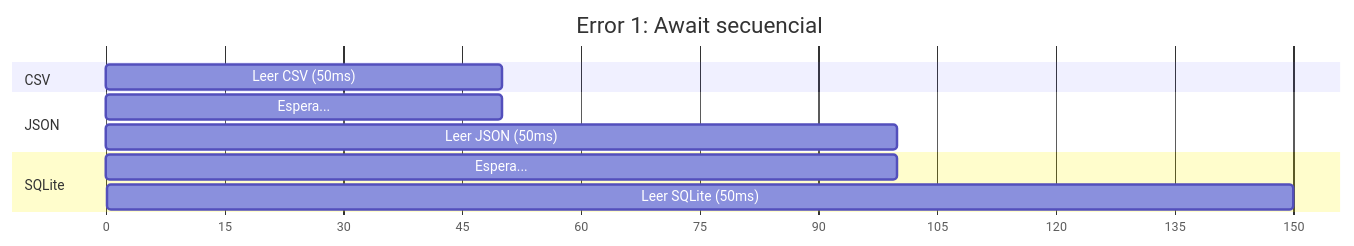
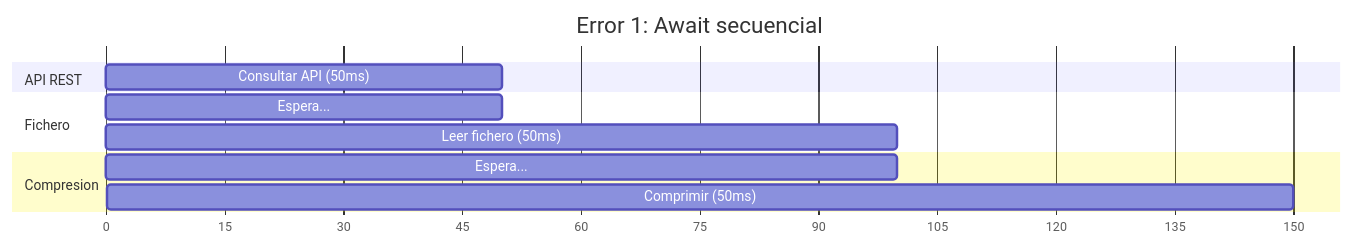
The ninth of 19 diagrams in 16-concurrencia-asincronia.md (joseluisgs/DesarrolloWebEntornosServidor-01-2026-2027), drawn with Mermaid before and after one commit. The commit also changed other lines of this file, not shown here.

````diff
--- a/16-concurrencia-asincronia.md
+++ b/16-concurrencia-asincronia.md
@@ -334,15 +334,15 @@
 ```mermaid
 gantt
     title Error 1: Await secuencial
     dateFormat X
     axisFormat %s
     
-    section CSV
-    Leer CSV (50ms)     :0, 50
-    section JSON
-    Espera...           :0, 50
-    Leer JSON (50ms)    :50, 100
-    section SQLite
-    Espera...           :50, 100
-    Leer SQLite (50ms)  :100, 150
+    section API REST
+    Consultar API (50ms)     :0, 50
+    section Fichero
+    Espera...                :0, 50
+    Leer fichero (50ms)      :50, 100
+    section Compresion
+    Espera...                :50, 100
+    Comprimir (50ms)         :100, 150
 ```
````
